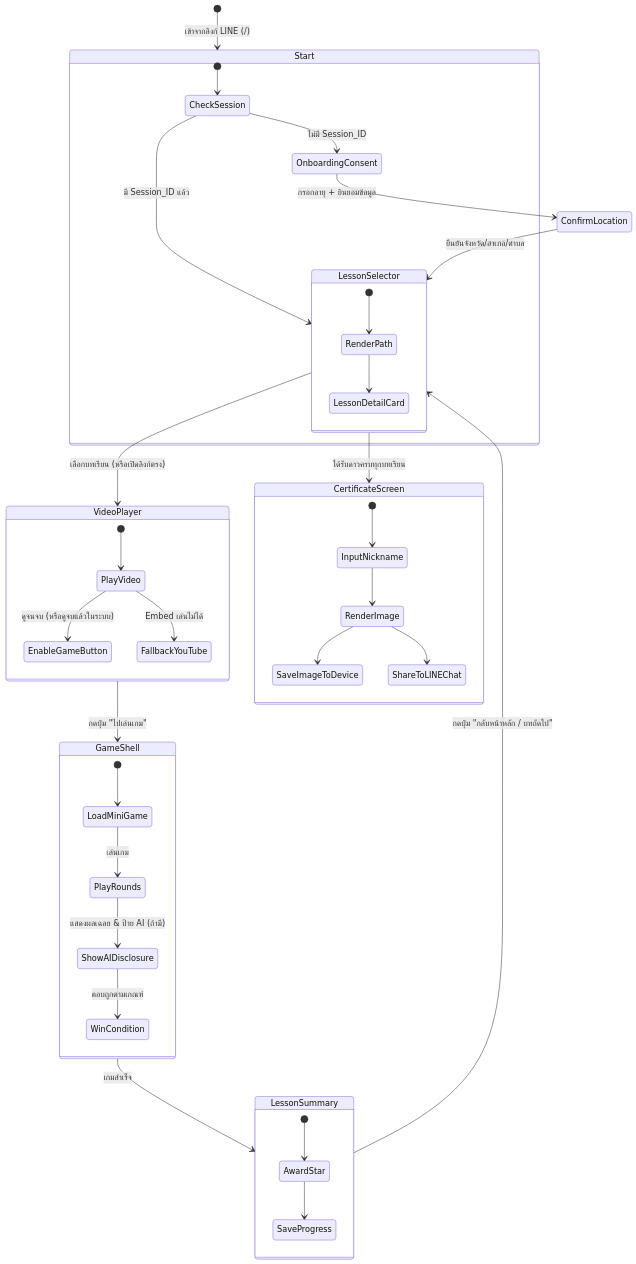
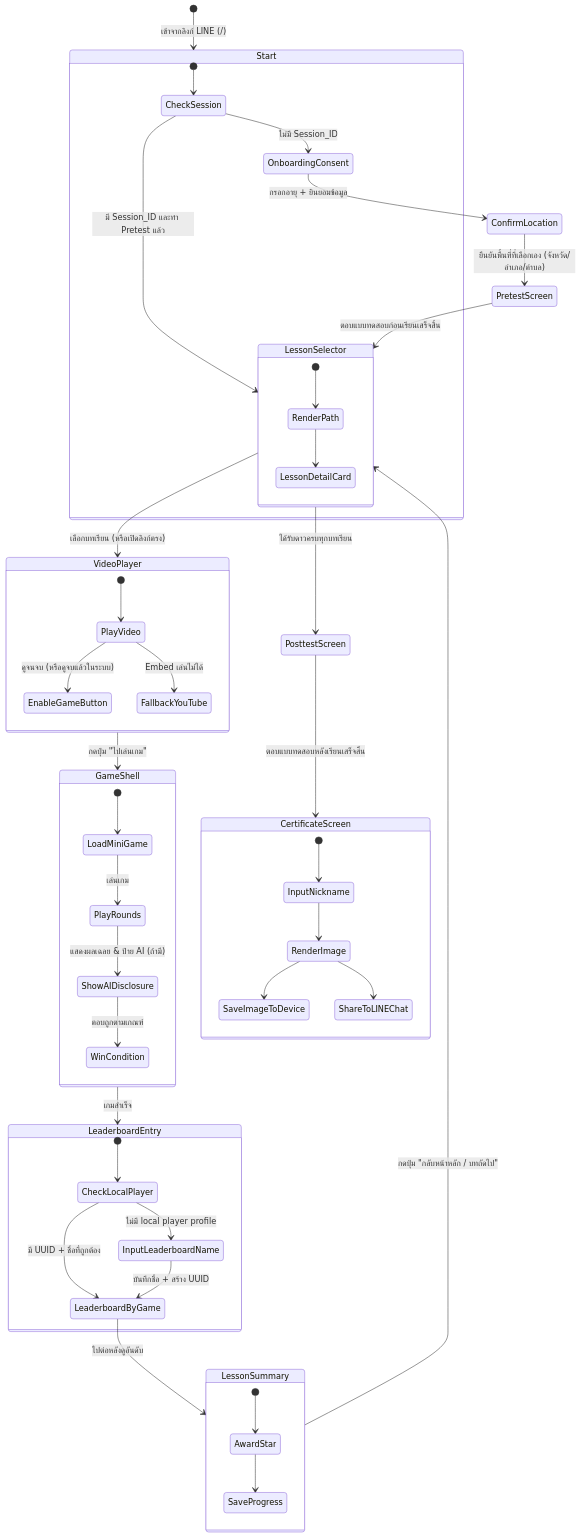
One commit to ChayutChanmueang/media-literacy-preview changed the first of 3 diagrams in docs/software/04-application-flow.md. Above: the diagram before and after it, drawn with Mermaid. The commit also changed other lines of this file and 616 other files, not shown here.

````diff
--- a/docs/software/04-application-flow.md
+++ b/docs/software/04-application-flow.md
@@ -33,53 +37,63 @@
 ```mermaid
 stateDiagram-v2
     [*] --> Start : เข้าจากลิงก์ LINE (/)
     
     state Start {
         [*] --> CheckSession
         CheckSession --> OnboardingConsent : ไม่มี Session_ID
-        CheckSession --> LessonSelector : มี Session_ID แล้ว
+        CheckSession --> LessonSelector : มี Session_ID และทำ Pretest แล้ว
     }
 
     OnboardingConsent --> ConfirmLocation : กรอกอายุ + ยินยอมข้อมูล
-    ConfirmLocation --> LessonSelector : ยืนยันจังหวัด/อำเภอ/ตำบล
+    ConfirmLocation --> PretestScreen : ยืนยันพื้นที่ที่เลือกเอง (จังหวัด/อำเภอ/ตำบล)
+    PretestScreen --> LessonSelector : ตอบแบบทดสอบก่อนเรียนเสร็จสิ้น
     
     state LessonSelector {
         [*] --> RenderPath
         RenderPath --> LessonDetailCard
     }
 
     LessonSelector --> VideoPlayer : เลือกบทเรียน (หรือเปิดลิงก์ตรง)
     
     state VideoPlayer {
         [*] --> PlayVideo
         PlayVideo --> EnableGameButton : ดูจนจบ (หรือดูจบแล้วในระบบ)
         PlayVideo --> FallbackYouTube : Embed เล่นไม่ได้
     }
 
     VideoPlayer --> GameShell : กดปุ่ม "ไปเล่นเกม"
     
     state GameShell {
         [*] --> LoadMiniGame
         LoadMiniGame --> PlayRounds : เล่นเกม
         PlayRounds --> ShowAIDisclosure : แสดงผลเฉลย & ป้าย AI (ถ้ามี)
         ShowAIDisclosure --> WinCondition : ตอบถูกตามเกณฑ์
     }
 
-    GameShell --> LessonSummary : เกมสำเร็จ
+    GameShell --> LeaderboardEntry : เกมสำเร็จ
     
     state LessonSummary {
         [*] --> AwardStar
         AwardStar --> SaveProgress
     }
 
     LessonSummary --> LessonSelector : กดปุ่ม "กลับหน้าหลัก / บทถัดไป"
+    state LeaderboardEntry {
+        [*] --> CheckLocalPlayer
+        CheckLocalPlayer --> InputLeaderboardName : ไม่มี local player profile
+        CheckLocalPlayer --> LeaderboardByGame : มี UUID + ชื่อที่ถูกต้อง
+        InputLeaderboardName --> LeaderboardByGame : บันทึกชื่อ + สร้าง UUID
+    }
+
+    LeaderboardByGame --> LessonSummary : ไปต่อหลังดูอันดับ
     
-    LessonSelector --> CertificateScreen : ได้รับดาวครบทุกบทเรียน
+    LessonSelector --> PosttestScreen : ได้รับดาวครบทุกบทเรียน
+    PosttestScreen --> CertificateScreen : ตอบแบบทดสอบหลังเรียนเสร็จสิ้น
     
     state CertificateScreen {
         [*] --> InputNickname
         InputNickname --> RenderImage
         RenderImage --> SaveImageToDevice
         RenderImage --> ShareToLINEChat
     }
 ```
````
